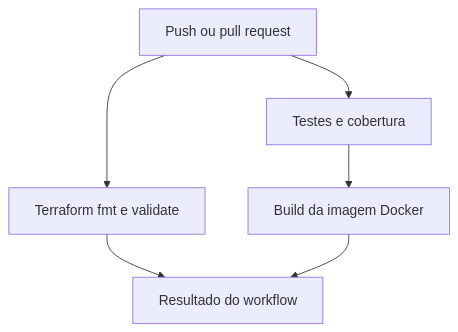
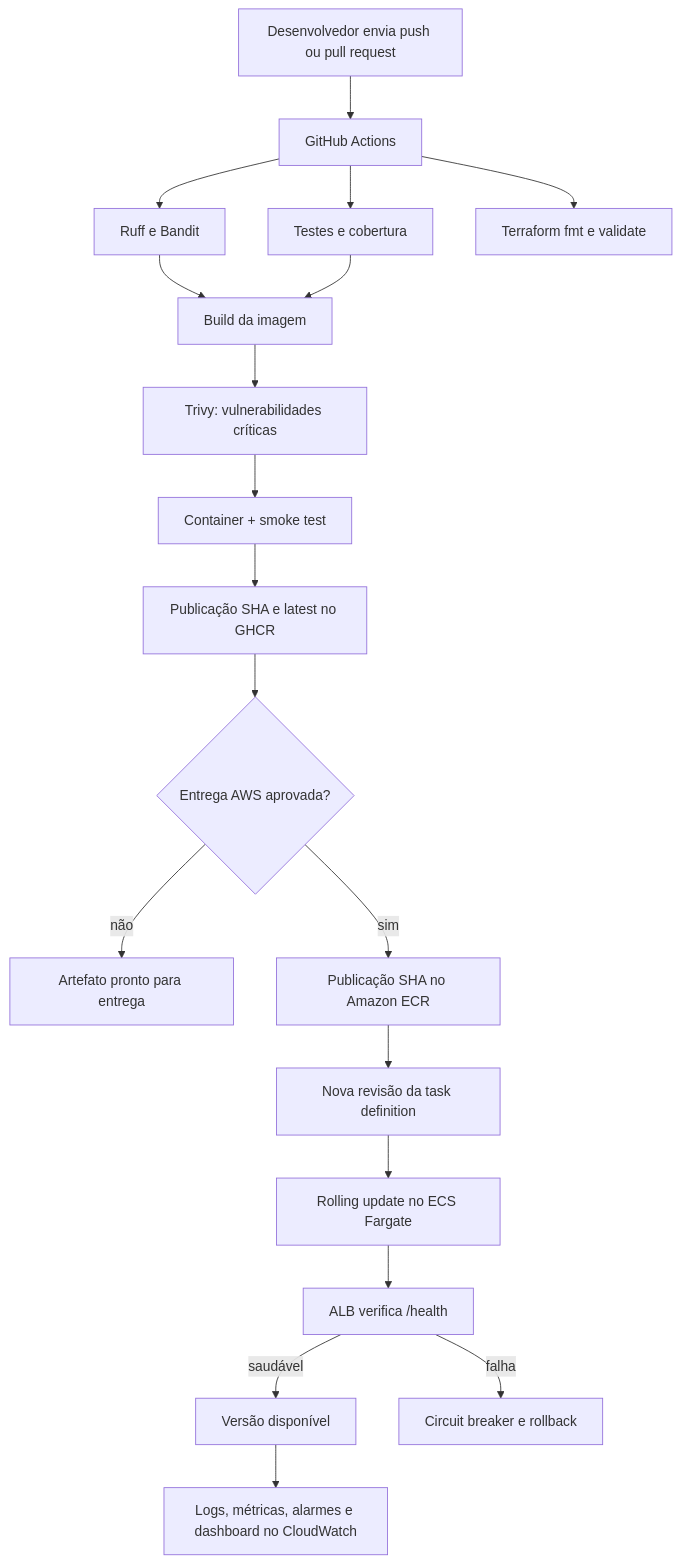
One commit to Gruiiz/taskflow-devops changed the first of 2 diagrams in docs/architecture.md. Above: the diagram before and after it, drawn with Mermaid. The commit also changed other lines of this file and 25 other files, not shown here.

````diff
--- a/docs/architecture.md
+++ b/docs/architecture.md
@@ -19,8 +11,21 @@
 ```mermaid
 flowchart TD
-    A[Push ou pull request] --> B[Testes e cobertura]
-    A --> C[Terraform fmt e validate]
-    B --> D[Build da imagem Docker]
-    C --> E[Resultado do workflow]
-    D --> E
+    A[Desenvolvedor envia push ou pull request] --> B[GitHub Actions]
+    B --> C[Ruff e Bandit]
+    B --> D[Testes e cobertura]
+    B --> E[Terraform fmt e validate]
+    C --> F[Build da imagem]
+    D --> F
+    F --> G[Trivy: vulnerabilidades críticas]
+    G --> H[Container + smoke test]
+    H --> I[Publicação SHA e latest no GHCR]
+    I --> J{Entrega AWS aprovada?}
+    J -->|não| K[Artefato pronto para entrega]
+    J -->|sim| L[Publicação SHA no Amazon ECR]
+    L --> M[Nova revisão da task definition]
+    M --> N[Rolling update no ECS Fargate]
+    N --> O[ALB verifica /health]
+    O -->|saudável| P[Versão disponível]
+    O -->|falha| Q[Circuit breaker e rollback]
+    P --> R[Logs, métricas, alarmes e dashboard no CloudWatch]
 ```
````
